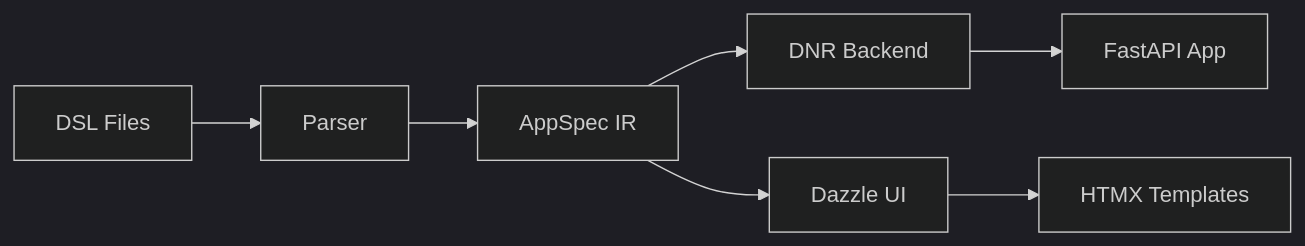
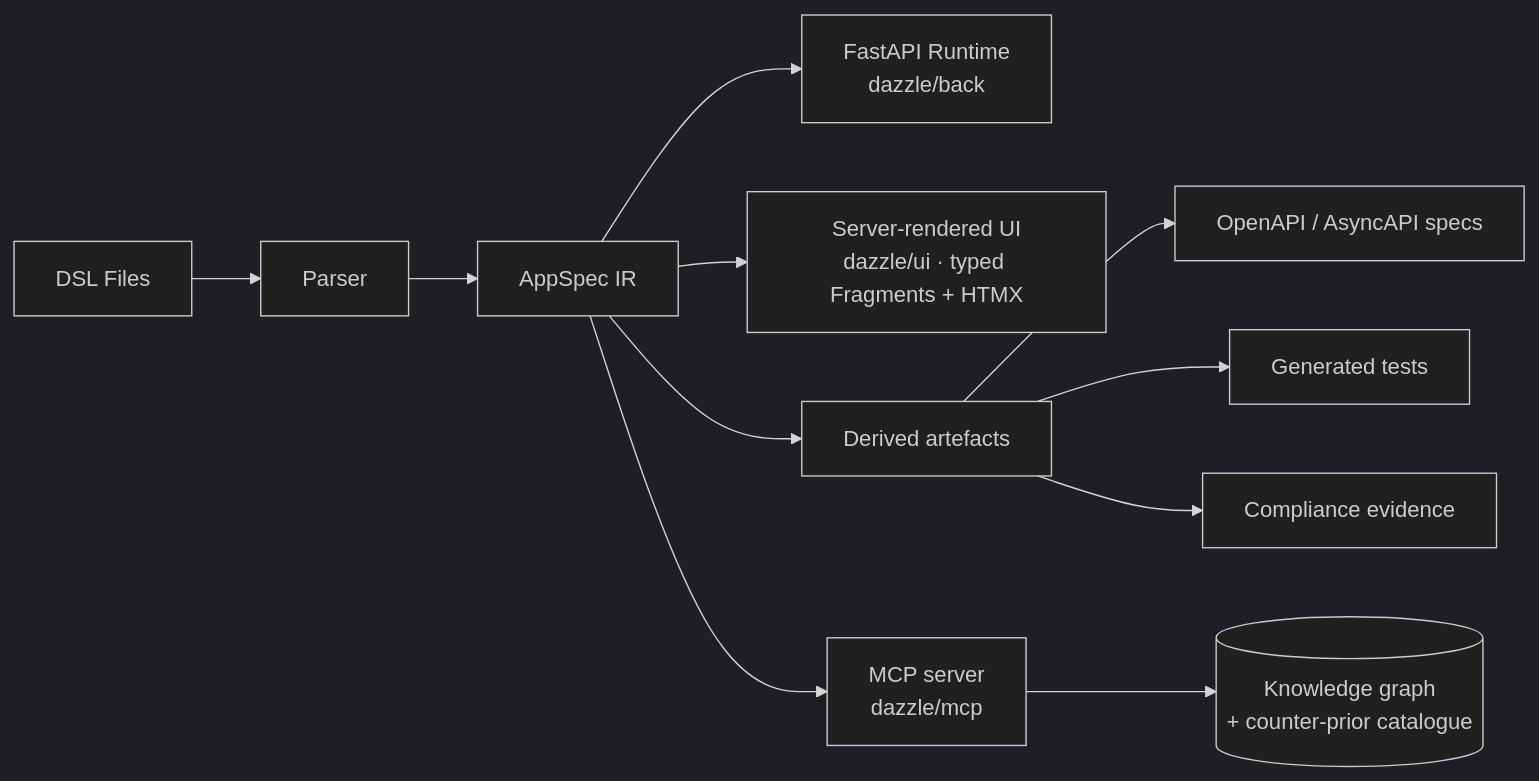
The diagram in docs/index.md (manwithacat/dazzle), drawn with Mermaid (dark theme) before and after one commit. The commit also changed other lines of this file and 30 other files, not shown here.

````diff
--- a/docs/index.md
+++ b/docs/index.md
@@ -61,9 +61,13 @@
 ```mermaid
 graph LR
     DSL[DSL Files] --> Parser
     Parser --> IR[AppSpec IR]
-    IR --> Back[DNR Backend]
-    IR --> UI[Dazzle UI]
-    Back --> API[FastAPI App]
-    UI --> JS[HTMX Templates]
+    IR --> Back[FastAPI Runtime<br/>dazzle/back]
+    IR --> UI[Server-rendered UI<br/>dazzle/ui · typed Fragments + HTMX]
+    IR --> Derived[Derived artefacts]
+    Derived --> OAS[OpenAPI / AsyncAPI specs]
+    Derived --> Tests[Generated tests]
+    Derived --> Audit[Compliance evidence]
+    IR --> MCP[MCP server<br/>dazzle/mcp]
+    MCP --> KG[(Knowledge graph<br/>+ counter-prior catalogue)]
 ```
````
